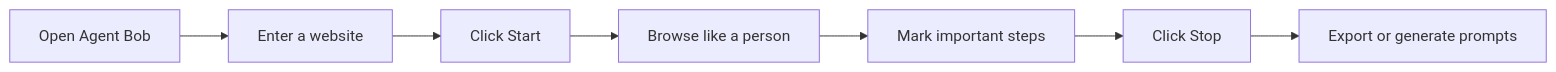
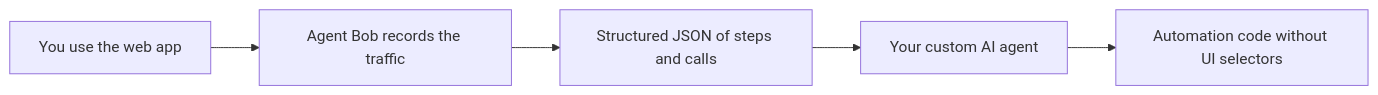
Before and after one commit to MasterOfLogic1/BobAgentApp: the first of 3 diagrams in README.md, drawn with Mermaid. The commit also changed other lines of this file, not shown here.

First line of the commit message:
Clarify Agent Bob as an RPA API-capture desktop app.

````diff
--- a/README.md
+++ b/README.md
@@ -26,9 +19,7 @@
 ```mermaid
 flowchart LR
-  A[Open Agent Bob] --> B[Enter a website]
-  B --> C[Click Start]
-  C --> D[Browse like a person]
-  D --> E[Mark important steps]
-  E --> F[Click Stop]
-  F --> G[Export or generate prompts]
+  A[You use the web app] --> B[Agent Bob records the traffic]
+  B --> C[Structured JSON of steps and calls]
+  C --> D[Your custom AI agent]
+  D --> E[Automation code without UI selectors]
 ```
````
